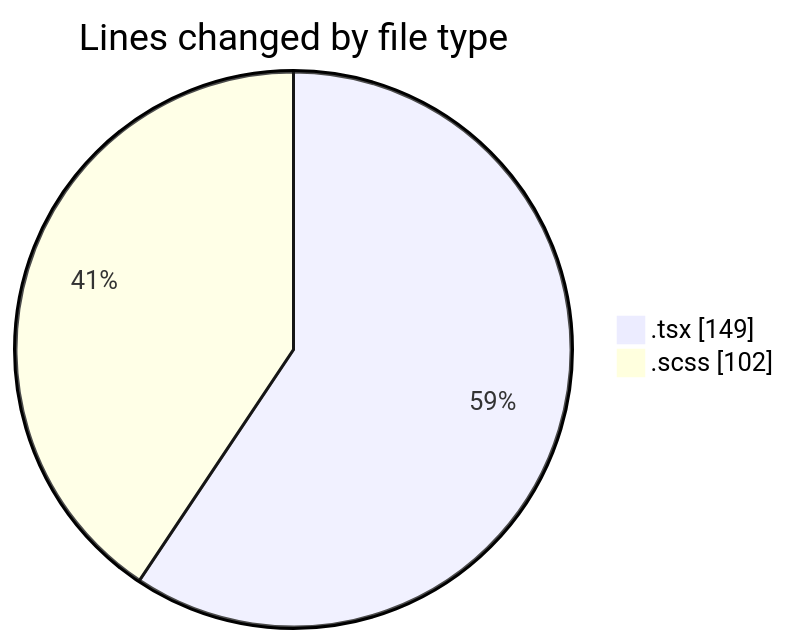
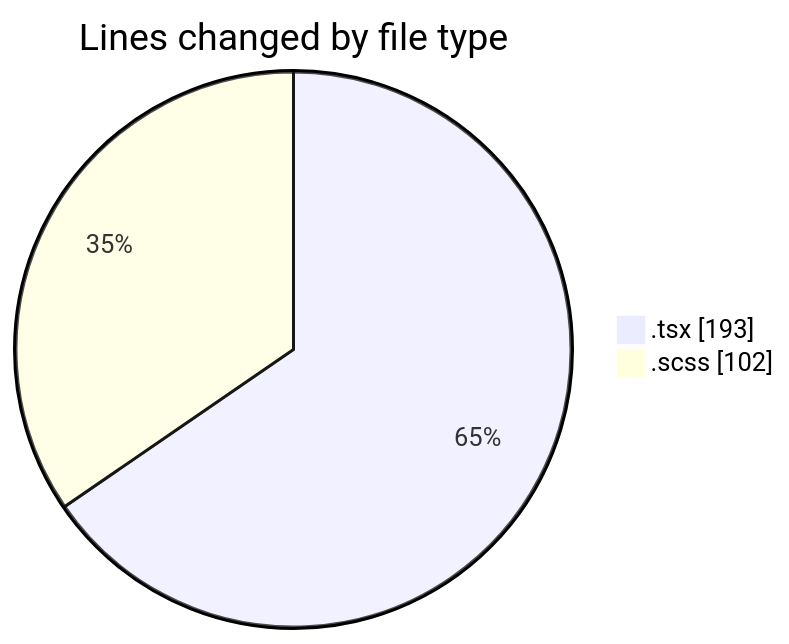
One commit to momahboobian/code-tracking changed the first of 2 diagrams in 2026-04-16/cda/README.md. Above: the diagram before and after it, drawn with Mermaid. The commit also changed other lines of this file and 1 other file, not shown here.

````diff
--- a/2026-04-16/cda/README.md
+++ b/2026-04-16/cda/README.md
@@ -22,6 +22,6 @@
 ```mermaid
 pie showData
 title Lines changed by file type
-".tsx" : 149
+".tsx" : 193
 ".scss" : 102
 ```
````
